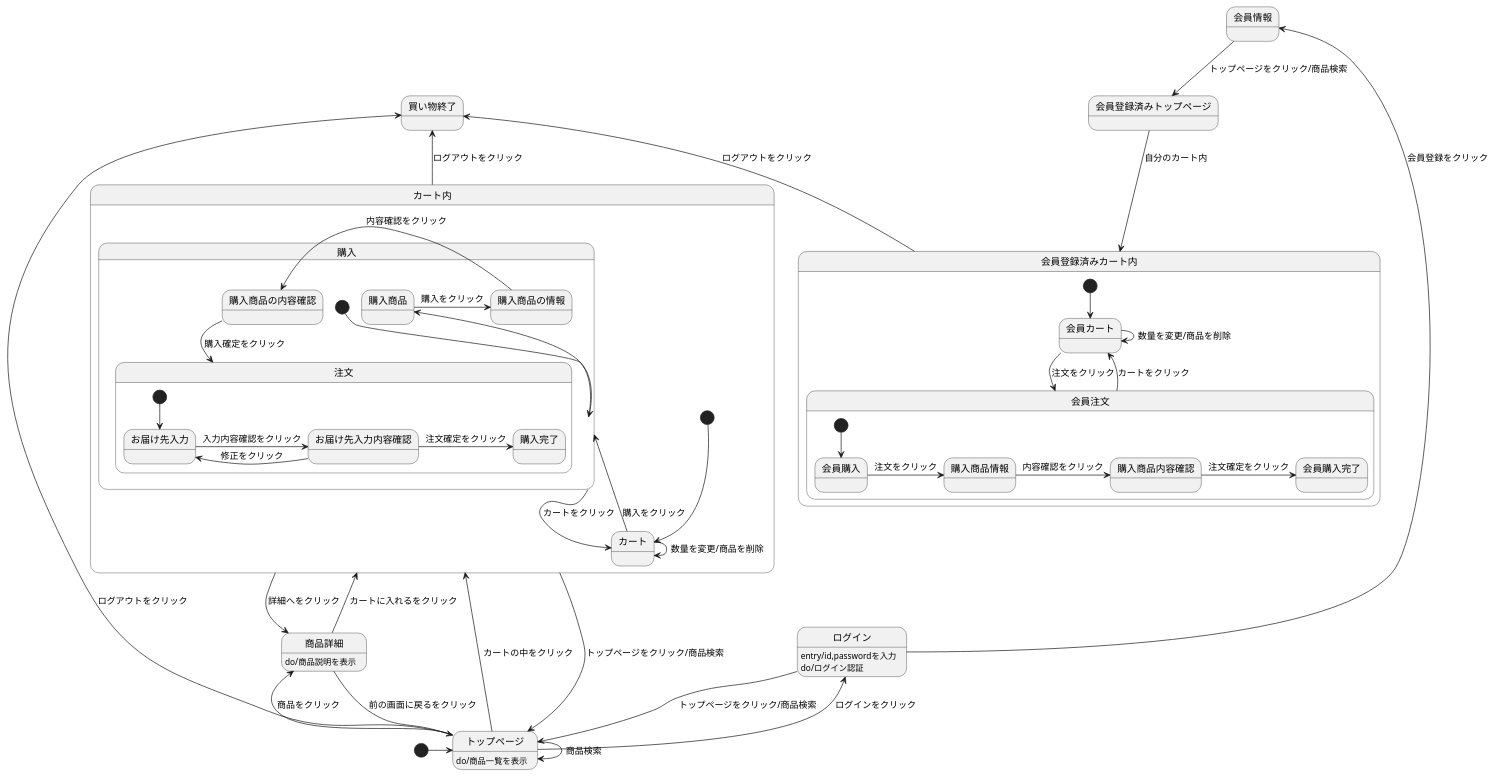
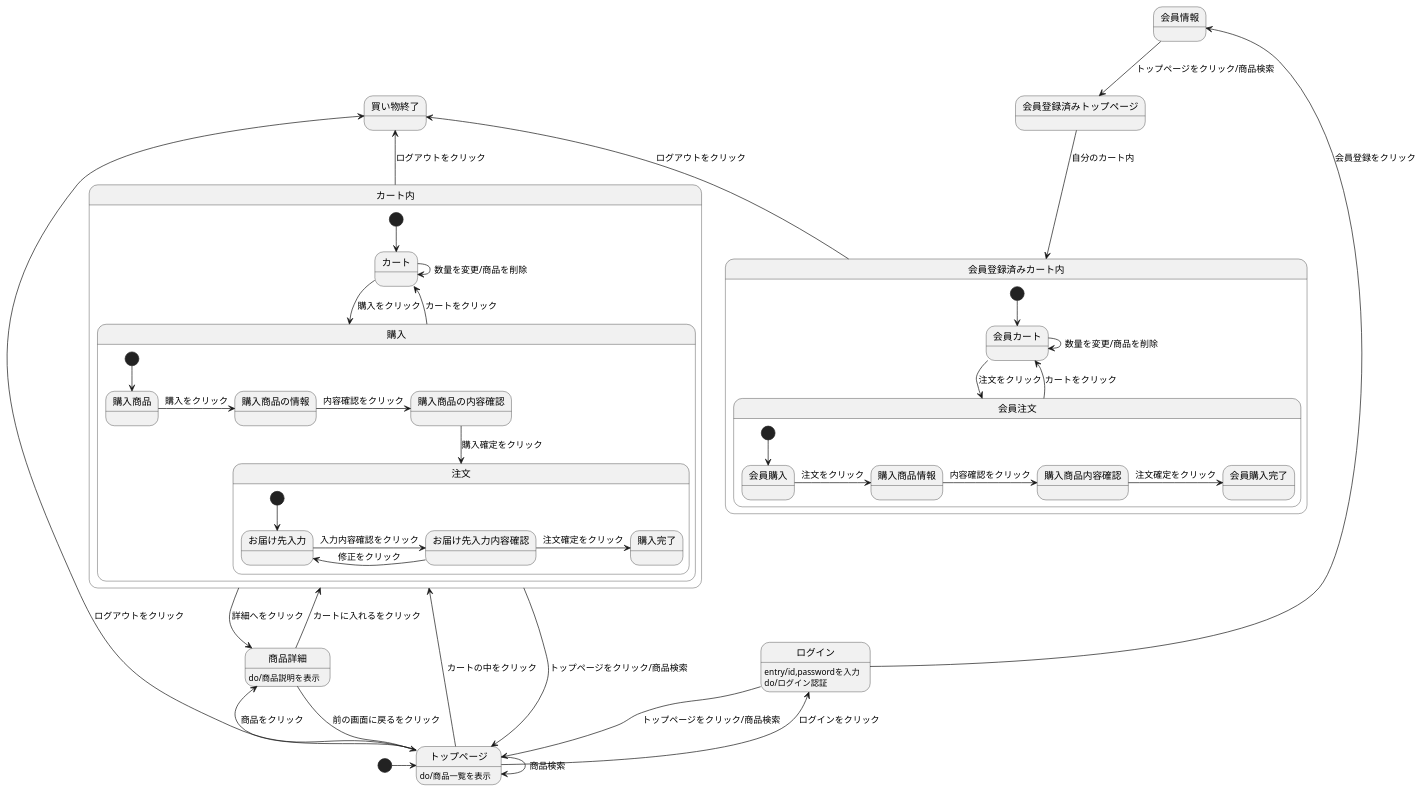
One commit to Aso2001140/2012sys-design changed the diagram in create 12.md. Above: the diagram before and after it, drawn with PlantUML.

Commit message:
Create create 12.md

````diff
--- a/create 12.md
+++ b/create 12.md
@@ -1,57 +1,56 @@
 ```uml
 @startuml
 [*] -> トップページ
 会員情報 --> 会員登録済みトップページ : トップページをクリック/商品検索
 会員登録済みトップページ --> 会員登録済みカート内 : 自分のカート内
 ログイン --> トップページ : トップページをクリック/商品検索
 ログイン : entry/id,passwordを入力
 ログイン : do/ログイン認証
 トップページ --> 買い物終了 : ログアウトをクリック
 トップページ -> トップページ : 商品検索
 トップページ -> 商品詳細 : 商品をクリック
 ログイン -left-> 会員情報 : 会員登録をクリック
 トップページ -left-> ログイン : ログインをクリック
 トップページ --> カート内 : カートの中をクリック
 トップページ : do/商品一覧を表示
 商品詳細 --> カート内 : カートに入れるをクリック
 商品詳細 --> トップページ : 前の画面に戻るをクリック
 商品詳細 : do/商品説明を表示
 カート内 -up-> トップページ : トップページをクリック/商品検索
 カート内 -up-> 買い物終了 : ログアウトをクリック
 会員登録済みカート内 -up-> 買い物終了 : ログアウトをクリック
 カート内 -> 商品詳細 : 詳細へをクリック
 
 
 state カート内{
 [*] --> カート
-カート -> 購入 : 購入をクリック
+カート -down-> 購入 : 購入をクリック
 カート -> カート : 数量を変更/商品を削除
 購入 --> カート : カートをクリック
 state 購入{
-[*] --> 購入
-購入 -> 購入商品
+[*] --> 購入商品
 購入商品 -> 購入商品の情報 : 購入をクリック
 購入商品の情報 -> 購入商品の内容確認 : 内容確認をクリック
 購入商品の内容確認 -down-> 注文 : 購入確定をクリック
 state 注文{
 [*] --> お届け先入力
 お届け先入力 -> お届け先入力内容確認 : 入力内容確認をクリック
 お届け先入力内容確認 -> お届け先入力 : 修正をクリック
 お届け先入力内容確認 -> 購入完了 : 注文確定をクリック
 }
 }
 }
 state 会員登録済みカート内{
 [*] --> 会員カート
 会員カート -> 会員注文 : 注文をクリック
 会員カート -> 会員カート : 数量を変更/商品を削除
 会員注文 --> 会員カート : カートをクリック
 state 会員注文{
 [*] --> 会員購入
 会員購入 -> 購入商品情報 : 注文をクリック
 購入商品情報 -> 購入商品内容確認 : 内容確認をクリック
 購入商品内容確認 -> 会員購入完了 : 注文確定をクリック
 }
 }
 @enduml
 ```
````
